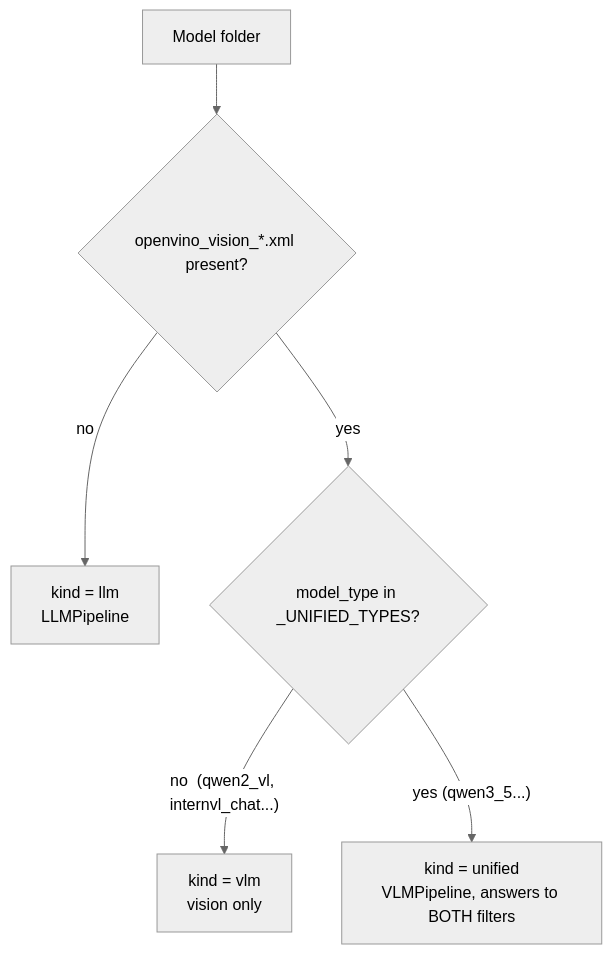
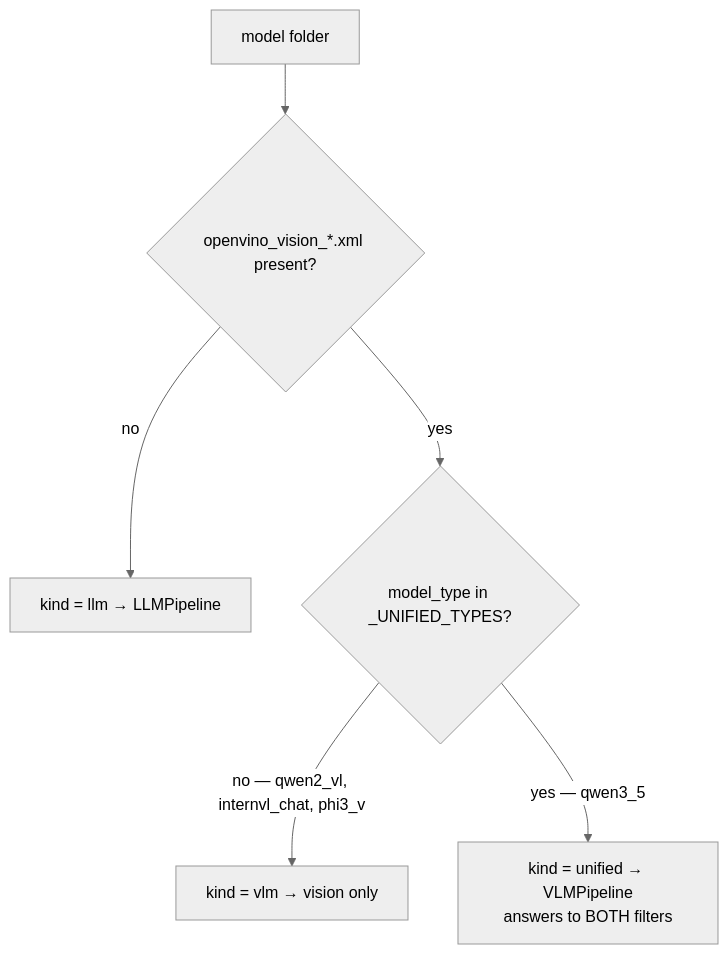
Before and after one commit to Lagmator22/ovat: the eighth of 10 diagrams in docs/ARCHITECTURE.md, drawn with Mermaid (neutral theme). The commit also changed other lines of this file and 3 other files, not shown here.

````diff
--- a/docs/ARCHITECTURE.md
+++ b/docs/ARCHITECTURE.md
@@ -132,8 +503,8 @@
 ```mermaid
 flowchart TD
-    F["Model folder"] --> C{"openvino_vision_*.xml present?"}
-    C -->|"no"| L["kind = llm<br/>LLMPipeline"]
+    F["model folder"] --> C{"openvino_vision_*.xml present?"}
+    C -->|"no"| L["kind = llm → LLMPipeline"]
     C -->|"yes"| M{"model_type in _UNIFIED_TYPES?"}
-    M -->|"no  (qwen2_vl, internvl_chat...)"| V["kind = vlm<br/>vision only"]
-    M -->|"yes (qwen3_5...)"| U["kind = unified<br/>VLMPipeline, answers to BOTH filters"]
+    M -->|"no — qwen2_vl, internvl_chat, phi3_v"| V["kind = vlm → vision only"]
+    M -->|"yes — qwen3_5"| U["kind = unified → VLMPipeline<br/>answers to BOTH filters"]
 ```
````
